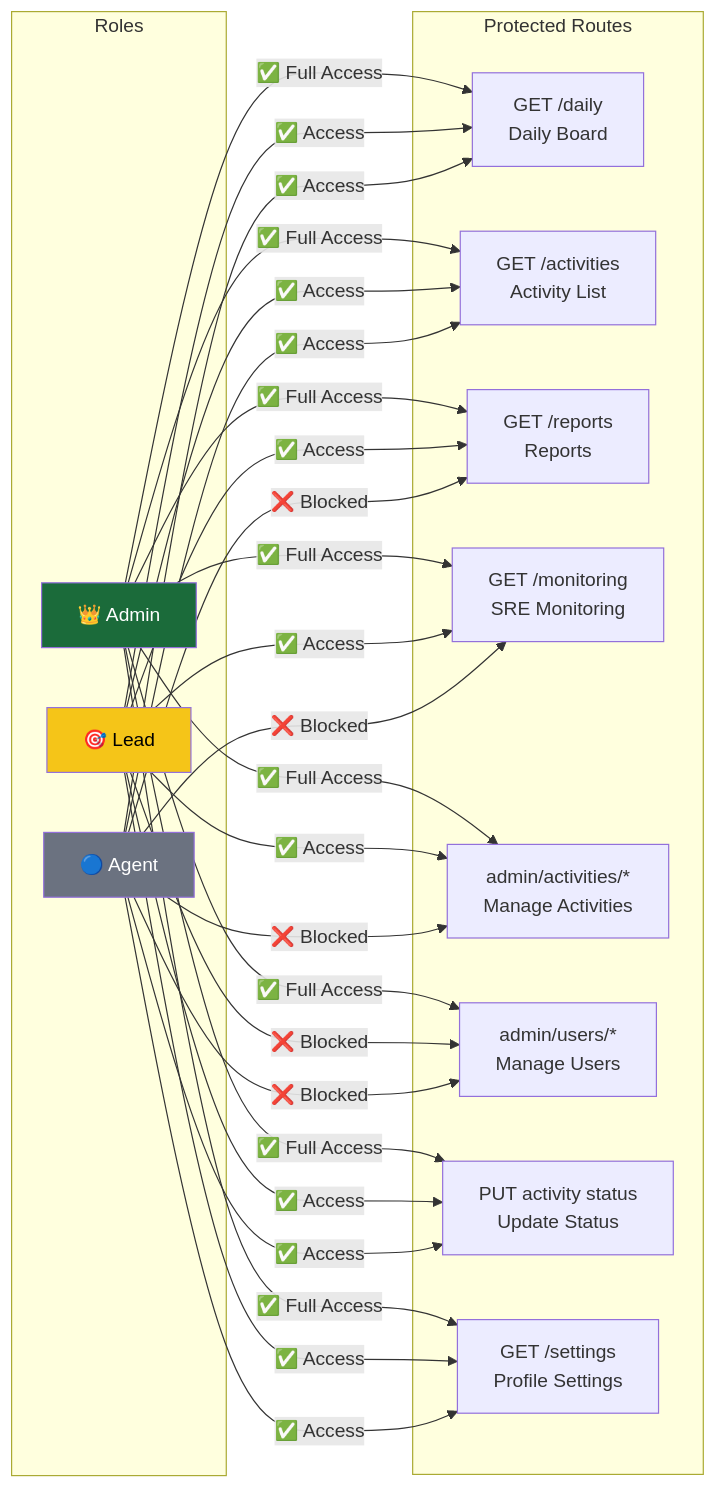
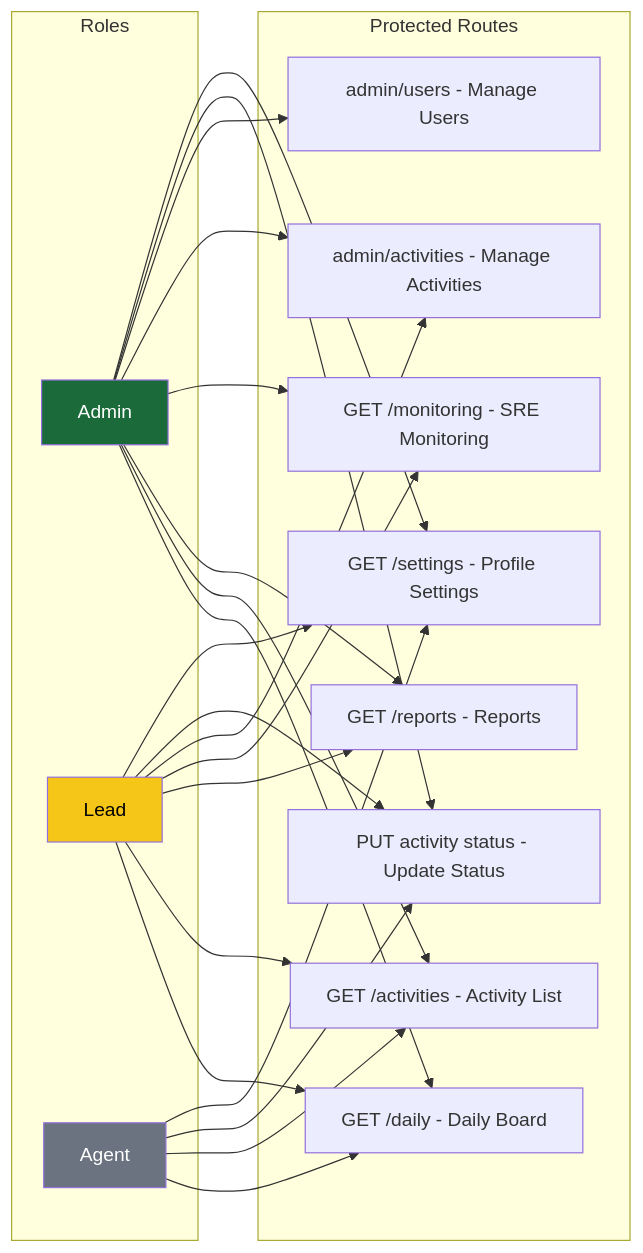
Before and after one commit to mhiskall282/npontu-technologies-sre: the fourth of 8 diagrams in docs/architecture.md, drawn with Mermaid. The commit also changed other lines of this file, not shown here.

Commit message:
docs(architecture): sanitize and standardize all 8 Mermaid diagrams for strict syntax compliance and responsive rendering

````diff
--- a/docs/architecture.md
+++ b/docs/architecture.md
@@ -173,29 +173,45 @@
 ```mermaid
 flowchart LR
     subgraph Roles
-        A[👑 Admin]
-        L[🎯 Lead]
-        G[🔵 Agent]
+        A["Admin"]
+        L["Lead"]
+        G["Agent"]
     end
 
     subgraph Routes["Protected Routes"]
-        R1["GET /daily\nDaily Board"]
-        R2["GET /activities\nActivity List"]
-        R3["GET /reports\nReports"]
-        R4["GET /monitoring\nSRE Monitoring"]
-        R5["admin/activities/*\nManage Activities"]
-        R6["admin/users/*\nManage Users"]
-        R7["PUT activity status\nUpdate Status"]
-        R8["GET /settings\nProfile Settings"]
+        R1["GET /daily - Daily Board"]
+        R2["GET /activities - Activity List"]
+        R3["GET /reports - Reports"]
+        R4["GET /monitoring - SRE Monitoring"]
+        R5["admin/activities - Manage Activities"]
+        R6["admin/users - Manage Users"]
+        R7["PUT activity status - Update Status"]
+        R8["GET /settings - Profile Settings"]
     end
 
-    A -->|✅ Full Access| R1 & R2 & R3 & R4 & R5 & R6 & R7 & R8
-    L -->|✅ Access| R1 & R2 & R3 & R4 & R5 & R7 & R8
-    L -->|❌ Blocked| R6
-    G -->|✅ Access| R1 & R2 & R7 & R8
-    G -->|❌ Blocked| R3 & R4 & R5 & R6
+    A --> R1
+    A --> R2
+    A --> R3
+    A --> R4
+    A --> R5
+    A --> R6
+    A --> R7
+    A --> R8
+
+    L --> R1
+    L --> R2
+    L --> R3
+    L --> R4
+    L --> R5
+    L --> R7
+    L --> R8
+
+    G --> R1
+    G --> R2
+    G --> R7
+    G --> R8
 
     style A fill:#1B6B3A,color:#fff
     style L fill:#F5C518,color:#000
     style G fill:#6B7280,color:#fff
 ```
````
